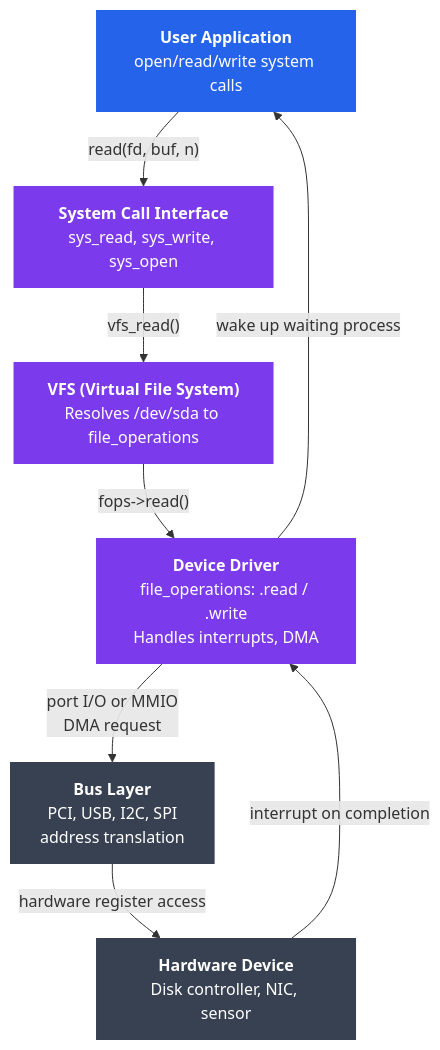
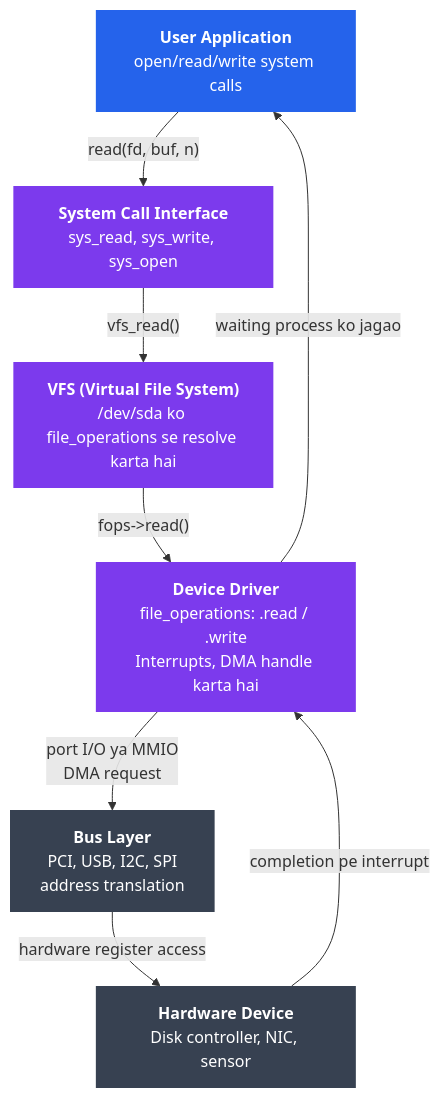
Before and after one commit to Siddesh-Pansare93/dev-notes: the diagram in operating_systems/05_io_systems/03_device_drivers.md, drawn with Mermaid. The commit also changed other lines of this file and 100 other files, not shown here.

````diff
--- a/operating_systems/05_io_systems/03_device_drivers.md
+++ b/operating_systems/05_io_systems/03_device_drivers.md
@@ -431,28 +476,28 @@
 ```mermaid
 graph TD
     App["<b>User Application</b><br/>open/read/write system calls"]:::blue
 
     Syscall["<b>System Call Interface</b><br/>sys_read, sys_write, sys_open"]:::purple
 
-    VFS["<b>VFS (Virtual File System)</b><br/>Resolves /dev/sda to file_operations"]:::purple
+    VFS["<b>VFS (Virtual File System)</b><br/>/dev/sda ko file_operations se resolve karta hai"]:::purple
 
-    DevDriver["<b>Device Driver</b><br/>file_operations: .read / .write<br/>Handles interrupts, DMA"]:::purple
+    DevDriver["<b>Device Driver</b><br/>file_operations: .read / .write<br/>Interrupts, DMA handle karta hai"]:::purple
 
     BusLayer["<b>Bus Layer</b><br/>PCI, USB, I2C, SPI<br/>address translation"]:::gray
 
     HW["<b>Hardware Device</b><br/>Disk controller, NIC, sensor"]:::gray
 
     App -->|"read(fd, buf, n)"| Syscall
     Syscall -->|"vfs_read()"| VFS
     VFS -->|"fops->read()"| DevDriver
-    DevDriver -->|"port I/O or MMIO<br/>DMA request"| BusLayer
+    DevDriver -->|"port I/O ya MMIO<br/>DMA request"| BusLayer
     BusLayer -->|"hardware register access"| HW
-    HW -->|"interrupt on completion"| DevDriver
-    DevDriver -->|"wake up waiting process"| App
+    HW -->|"completion pe interrupt"| DevDriver
+    DevDriver -->|"waiting process ko jagao"| App
 
     classDef blue fill:#2563eb,color:#fff,stroke:none
     classDef purple fill:#7c3aed,color:#fff,stroke:none
     classDef green fill:#059669,color:#fff,stroke:none
     classDef orange fill:#f59e0b,color:#fff,stroke:none
     classDef gray fill:#374151,color:#fff,stroke:none
 ```
````
